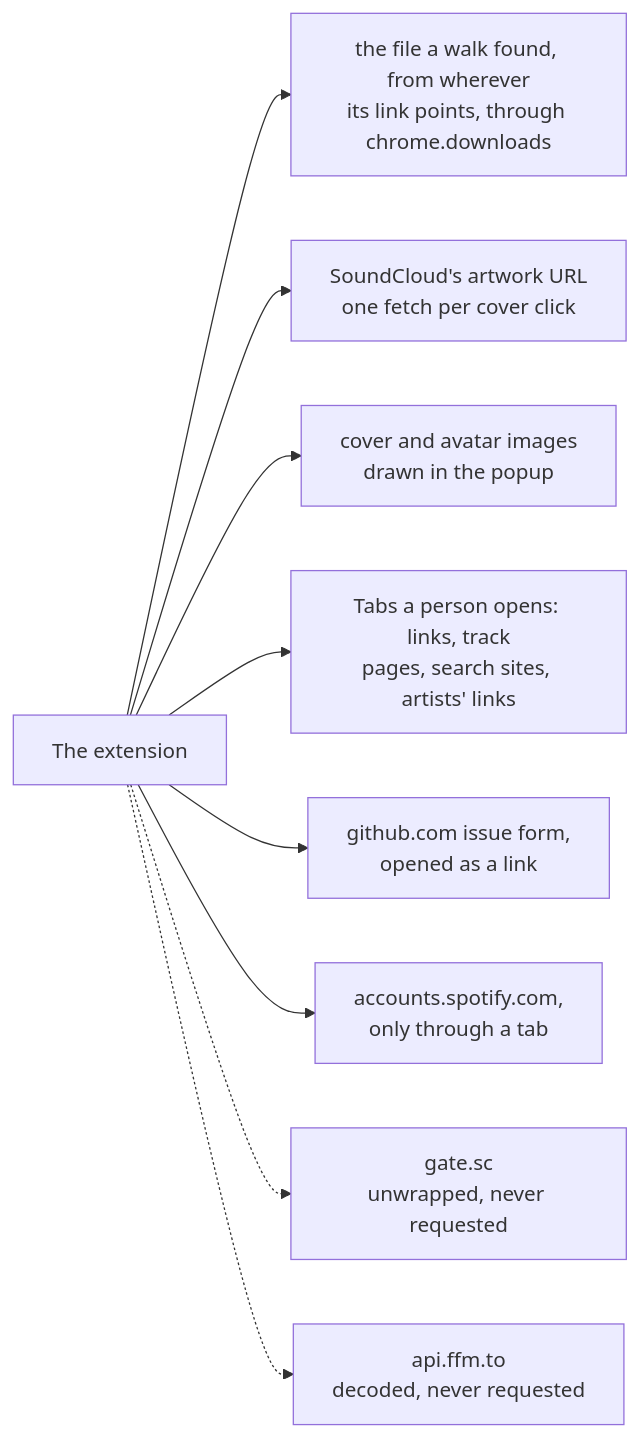
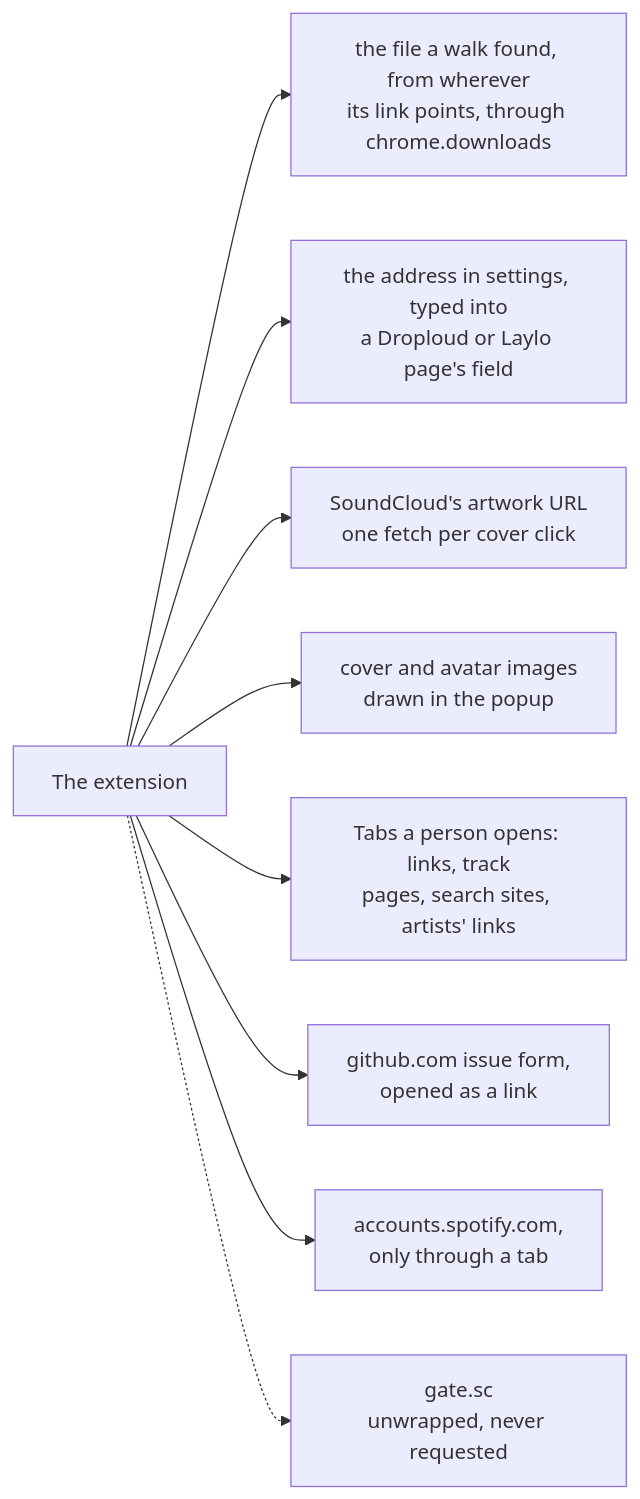
One commit to cutenode/localnetwork changed the third of 3 diagrams in apps/localtoolbox/docs/diagrams/outside-requests.md. Above: the diagram before and after it, drawn with Mermaid. The commit also changed other lines of this file and 58 other files, not shown here.

````diff
--- a/apps/localtoolbox/docs/diagrams/outside-requests.md
+++ b/apps/localtoolbox/docs/diagrams/outside-requests.md
@@ -59,21 +54,21 @@
 ```mermaid
 flowchart LR
   Ext["The extension"]
   File["the file a walk found, from wherever<br/>its link points, through chrome.downloads"]
+  Email["the address in settings, typed into<br/>a Droploud or Laylo page's field"]
   Art["SoundCloud's artwork URL<br/>one fetch per cover click"]
   Images["cover and avatar images<br/>drawn in the popup"]
   Tabs["Tabs a person opens: links, track<br/>pages, search sites, artists' links"]
   Bug["github.com issue form,<br/>opened as a link"]
   Spotify["accounts.spotify.com,<br/>only through a tab"]
   GateSc["gate.sc<br/>unwrapped, never requested"]
-  Tracker["api.ffm.to<br/>decoded, never requested"]
 
   Ext --> File
+  Ext --> Email
   Ext --> Art
   Ext --> Images
   Ext --> Tabs
   Ext --> Bug
   Ext --> Spotify
   Ext -.-> GateSc
-  Ext -.-> Tracker
 ```
````
